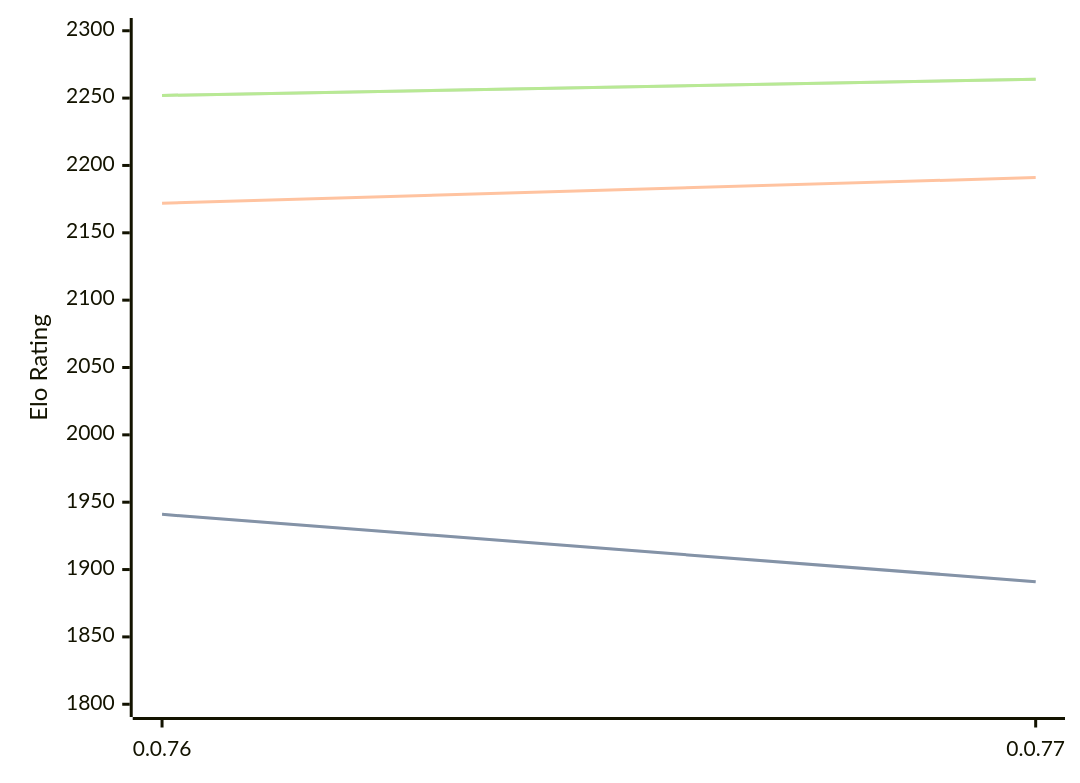
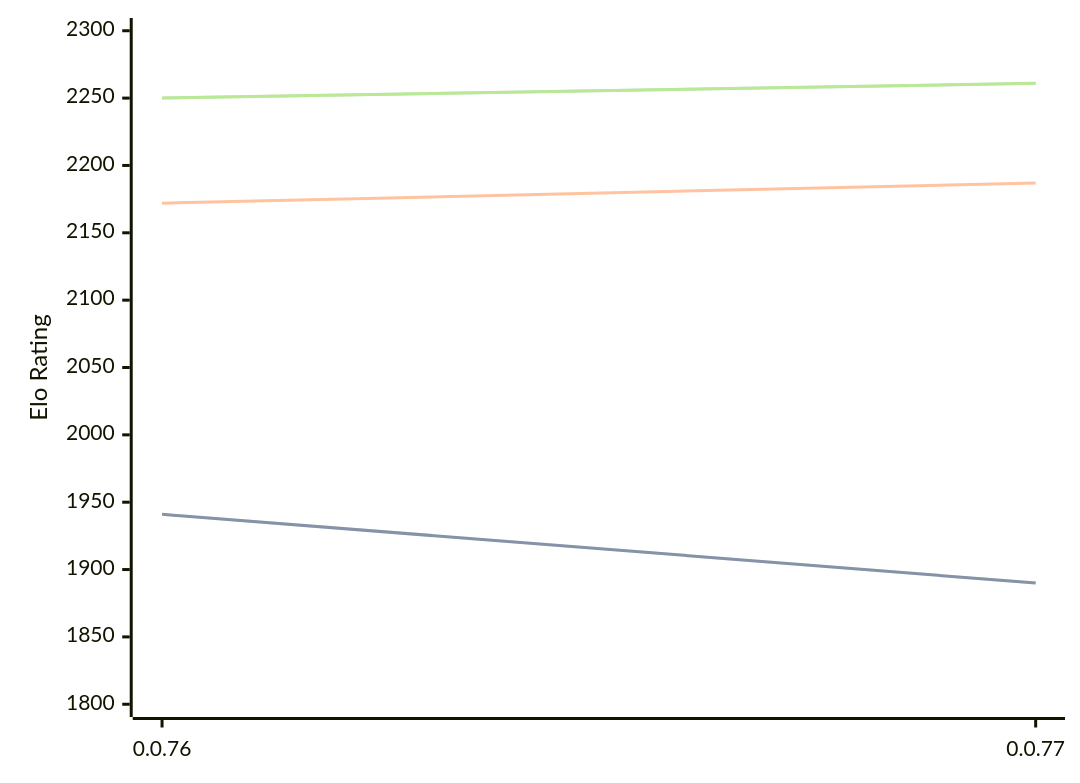
One commit to computer-chess-index/cci changed the diagram in engines/Fktb.md. Above: the diagram before and after it, drawn with Mermaid. The commit also changed other lines of this file, not shown here.

Commit message:
Update CCI Ratings (ELO VLTC) - 2026-04-28

````diff
--- a/engines/Fktb.md
+++ b/engines/Fktb.md
@@ -32,11 +32,11 @@
 ```mermaid
 %%{init: {"theme":"base","themeVariables":{"seriesColors:['#a3a3a3','#222221','#faa371']}}}%%
 xychart-beta
   x-axis ["0.0.76", "0.0.77"]
   y-axis "Elo Rating" 1800 --> 2300
-  line "STC (8.0+0.08s)" [1941, 1891]
-  line "STC (8.0+0.08s)" [1941, 1891]
-  line "LTC (60.0+0.60s)" [2172, 2191]
-  line "VLTC (2m24s+1.12s)" [2252, 2264]
-  line "VLTC (2m24s+1.12s)" [2252, 2264]
+  line "STC (8.0+0.08s)" [1941, 1890]
+  line "STC (8.0+0.08s)" [1941, 1890]
+  line "LTC (60.0+0.60s)" [2172, 2187]
+  line "VLTC (2m24s+1.12s)" [2250, 2261]
+  line "VLTC (2m24s+1.12s)" [2250, 2261]
 ```
````
